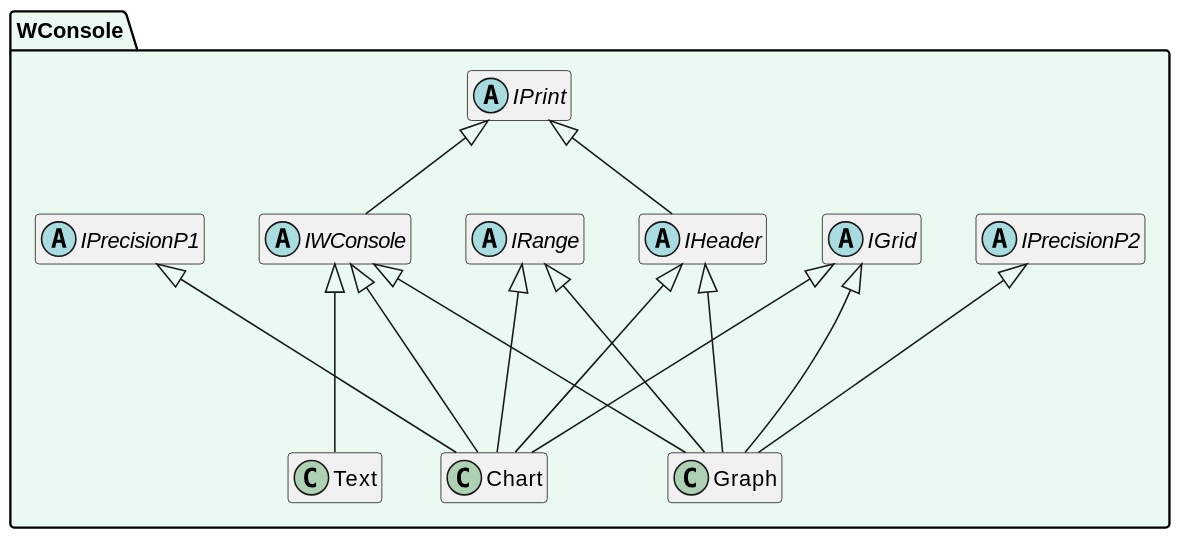
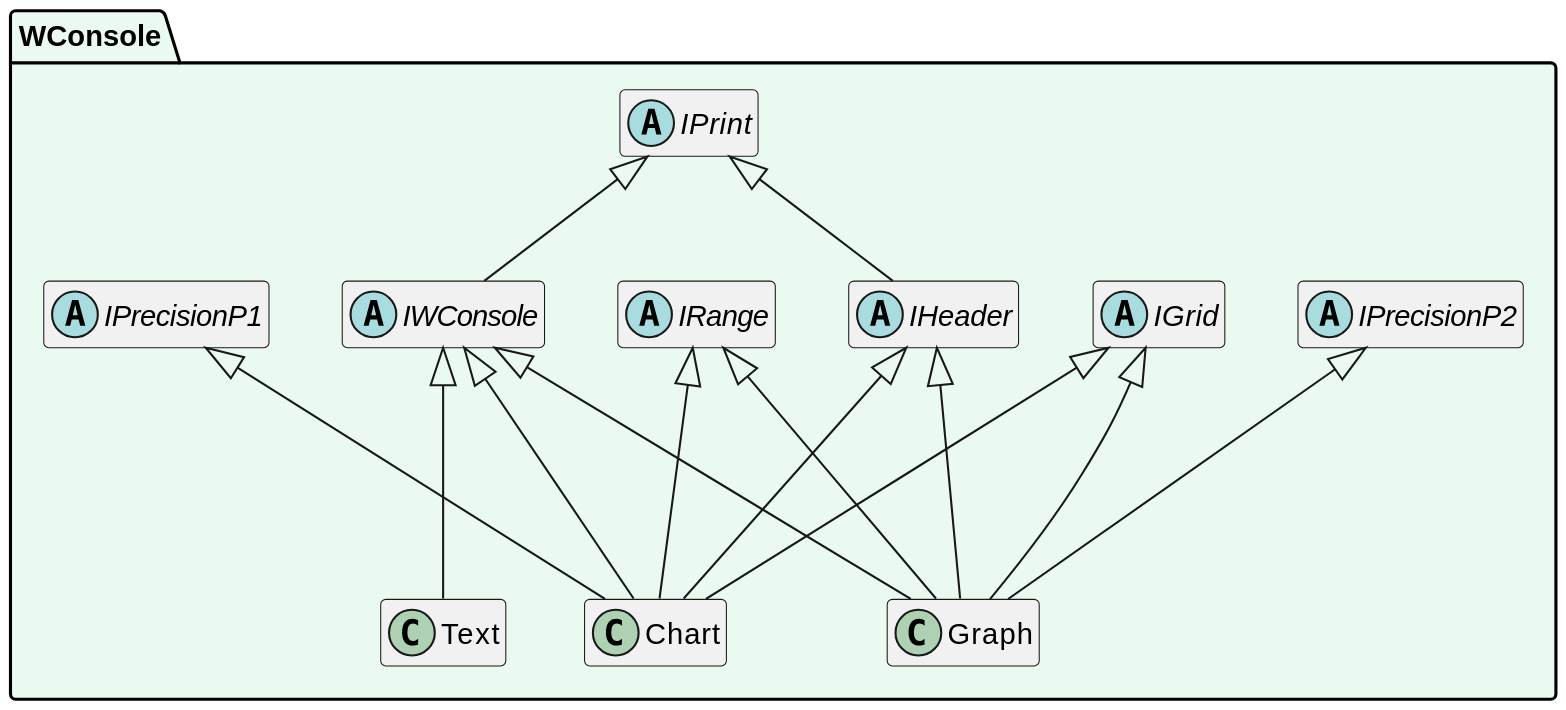
One commit to SergioStopkin/WideConsole changed the diagram in doc/UMLClass.md. Above: the diagram before and after it, drawn with PlantUML.

Commit message:
Test some styles

````diff
--- a/doc/UMLClass.md
+++ b/doc/UMLClass.md
@@ -1,41 +1,41 @@
 ```plantuml
 @startuml
 
-scale 1.5
+scale 2
 
 hide empty members
 
 namespace WConsole #EAFAF1 {
 
 abstract class IGrid
 abstract class IHeader
 abstract class IPrecisionP1
 abstract class IPrecisionP2
 abstract class IPrint
 abstract class IRange
 abstract class IWConsole
 class Chart
 class Graph
 class Text
 
 IPrint <|-- IHeader
 IPrint <|-- IWConsole
 
 IWConsole    <|--- Chart
 IHeader      <|--- Chart
 IPrecisionP1 <|---  Chart
 IRange       <|---  Chart
 IGrid        <|---  Chart
 
 IWConsole    <|--- Graph
 IHeader      <|--- Graph
 IPrecisionP2 <|---  Graph
 IRange       <|---  Graph
 IGrid        <|---  Graph
 
 IWConsole <|--- Text
 
 }
 
 @enduml
 ```
````
